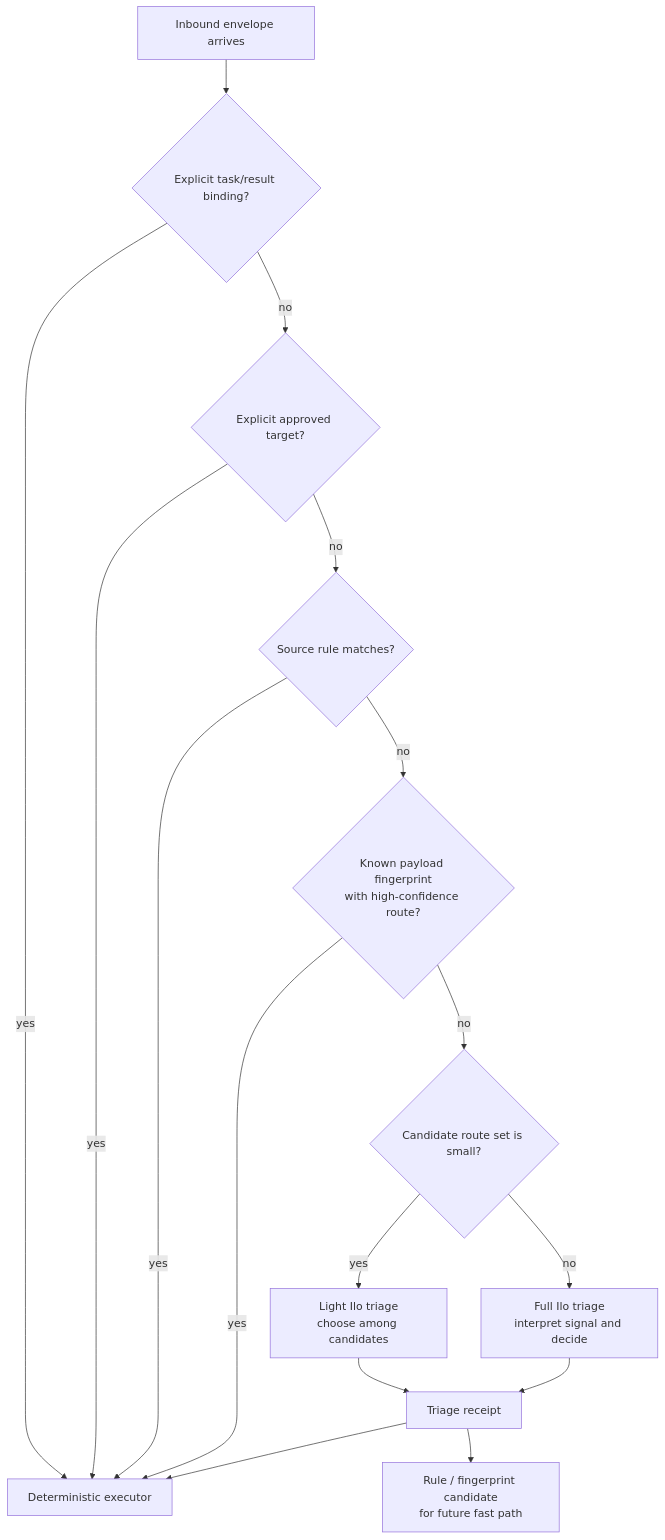
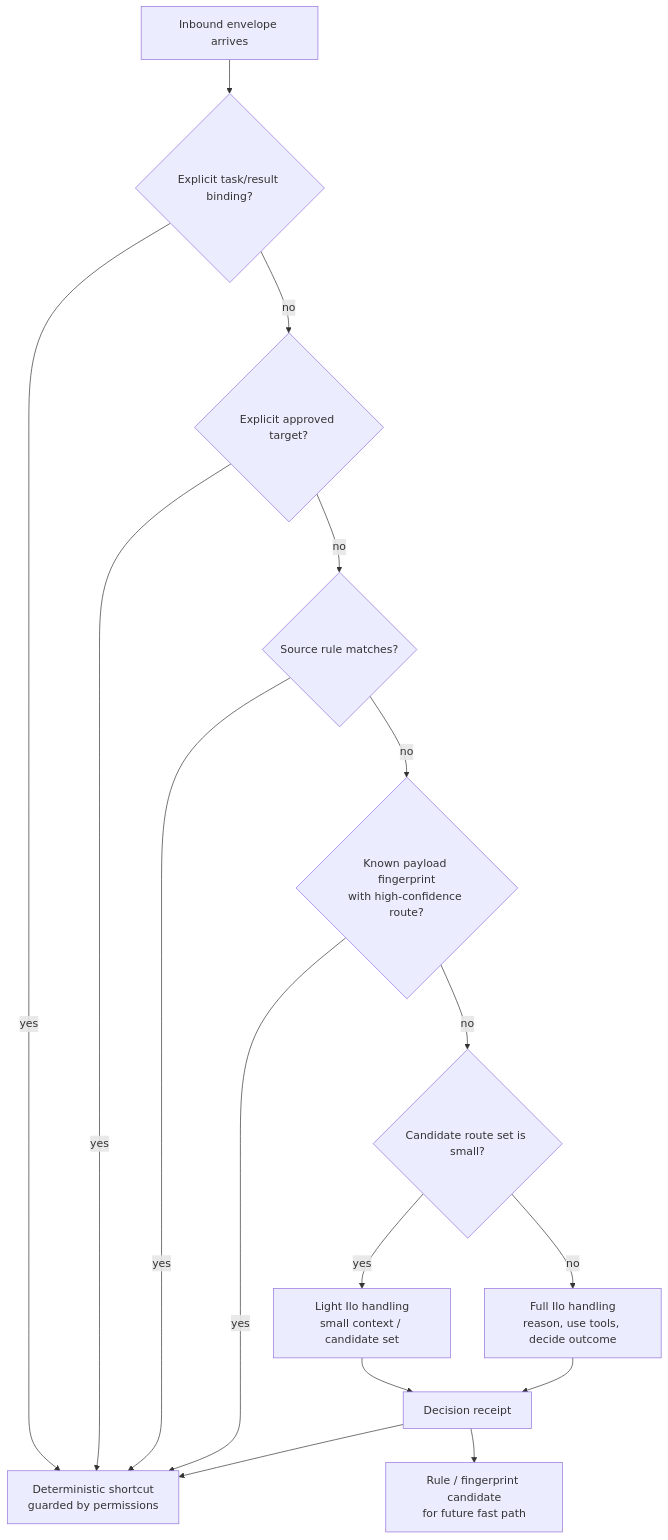
One commit to Illospace/illospace changed the sixth of 7 diagrams in docs/prd-inbound-coordination-layer.md. Above: the diagram before and after it, drawn with Mermaid. The commit also changed other lines of this file, not shown here.

````diff
--- a/docs/prd-inbound-coordination-layer.md
+++ b/docs/prd-inbound-coordination-layer.md
@@ -351,18 +469,18 @@
 ```mermaid
 flowchart TD
     A["Inbound envelope arrives"] --> B{"Explicit task/result binding?"}
-    B -->|"yes"| X["Deterministic executor"]
+    B -->|"yes"| X["Deterministic shortcut<br/>guarded by permissions"]
     B -->|"no"| C{"Explicit approved target?"}
     C -->|"yes"| X
     C -->|"no"| D{"Source rule matches?"}
     D -->|"yes"| X
     D -->|"no"| E{"Known payload fingerprint<br/>with high-confidence route?"}
     E -->|"yes"| X
     E -->|"no"| F{"Candidate route set is small?"}
-    F -->|"yes"| G["Light Ilo triage<br/>choose among candidates"]
-    F -->|"no"| H["Full Ilo triage<br/>interpret signal and decide"]
-    G --> I["Triage receipt"]
+    F -->|"yes"| G["Light Ilo handling<br/>small context / candidate set"]
+    F -->|"no"| H["Full Ilo handling<br/>reason, use tools, decide outcome"]
+    G --> I["Decision receipt"]
     H --> I
     I --> X
     I --> J["Rule / fingerprint candidate<br/>for future fast path"]
 ```
````
